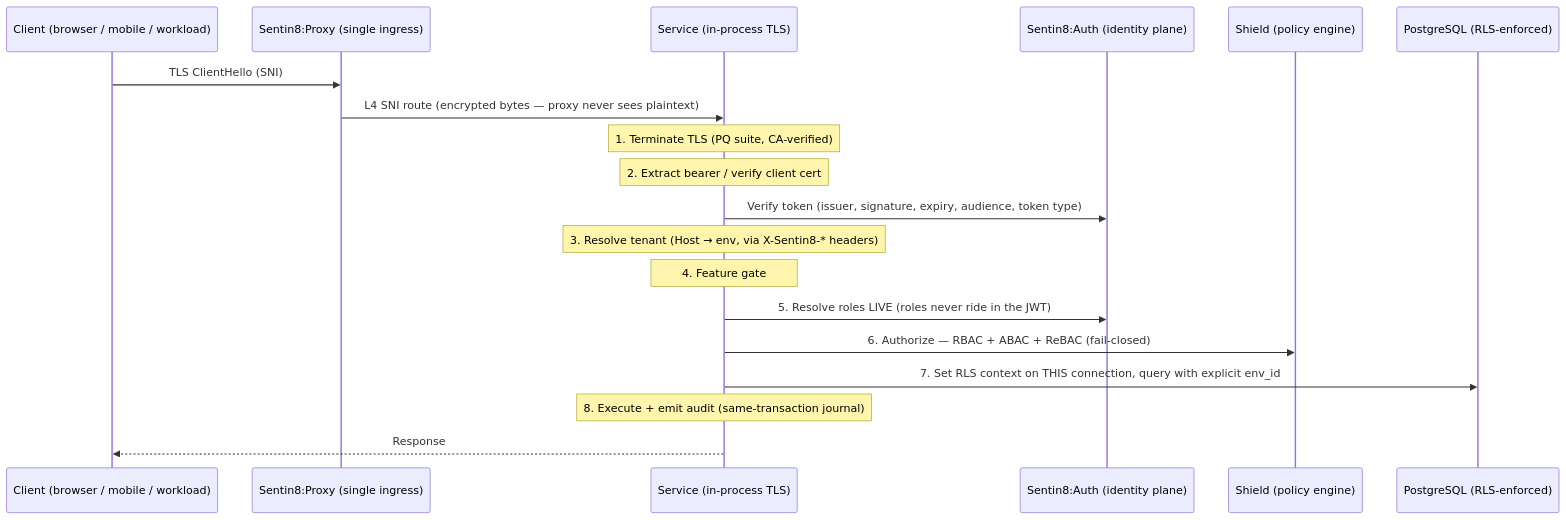
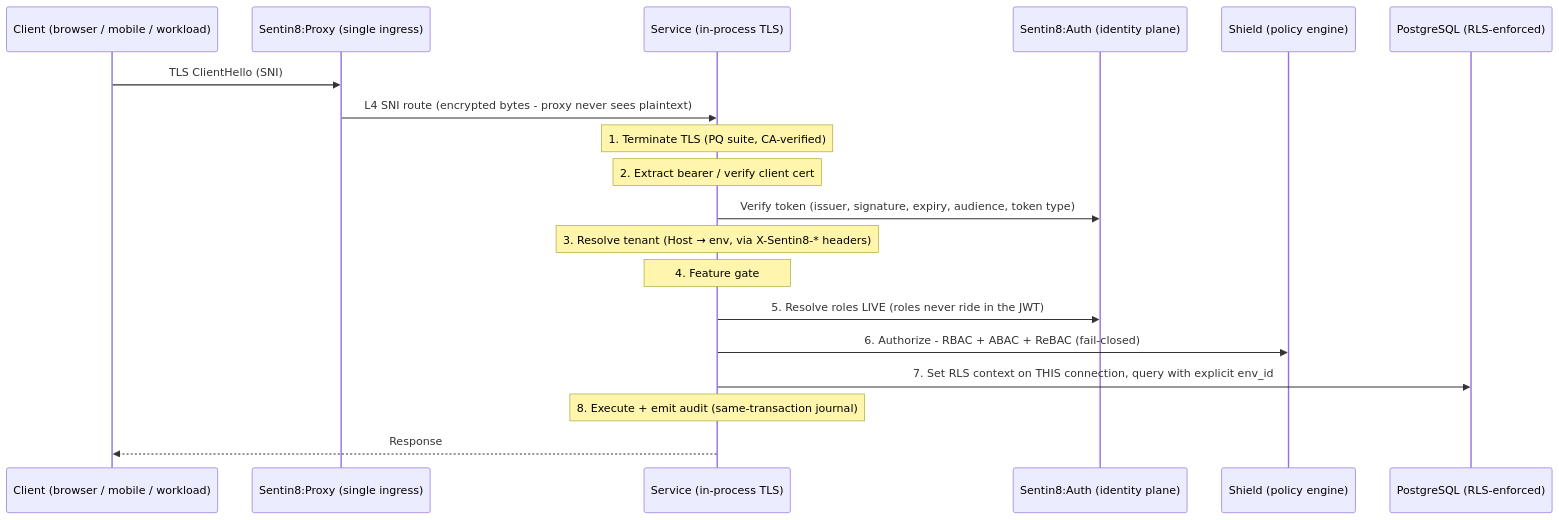
The second of 2 diagrams in SECURITY.md (Sentin8/sentin8-site), drawn with Mermaid before and after one commit. The commit also changed other lines of this file and 105 other files, not shown here.

````diff
--- a/SECURITY.md
+++ b/SECURITY.md
@@ -81,22 +81,22 @@
 ```mermaid
 sequenceDiagram
     participant C as Client (browser / mobile / workload)
     participant P as Sentin8:Proxy (single ingress)
     participant S as Service (in-process TLS)
     participant A as Sentin8:Auth (identity plane)
     participant SH as Shield (policy engine)
     participant DB as PostgreSQL (RLS-enforced)
 
     C->>P: TLS ClientHello (SNI)
-    P->>S: L4 SNI route (encrypted bytes — proxy never sees plaintext)
+    P->>S: L4 SNI route (encrypted bytes - proxy never sees plaintext)
     Note over S: 1. Terminate TLS (PQ suite, CA-verified)
     Note over S: 2. Extract bearer / verify client cert
     S->>A: Verify token (issuer, signature, expiry, audience, token type)
     Note over S: 3. Resolve tenant (Host → env, via X-Sentin8-* headers)
     Note over S: 4. Feature gate
     S->>A: 5. Resolve roles LIVE (roles never ride in the JWT)
-    S->>SH: 6. Authorize — RBAC + ABAC + ReBAC (fail-closed)
+    S->>SH: 6. Authorize - RBAC + ABAC + ReBAC (fail-closed)
     S->>DB: 7. Set RLS context on THIS connection, query with explicit env_id
     Note over S: 8. Execute + emit audit (same-transaction journal)
     S-->>C: Response
 ```
````
